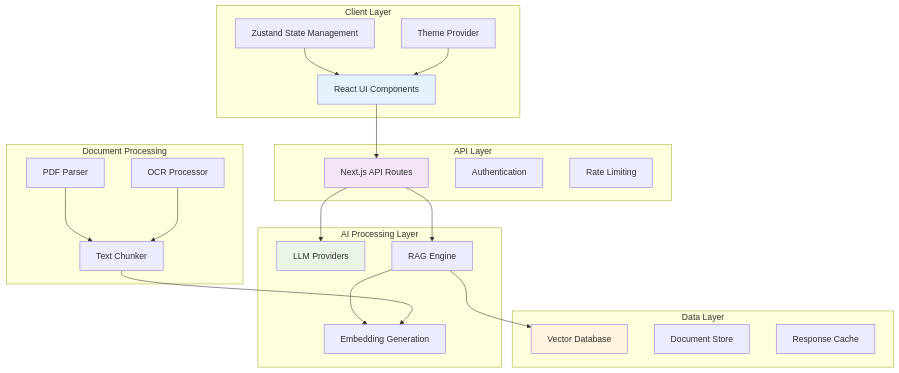
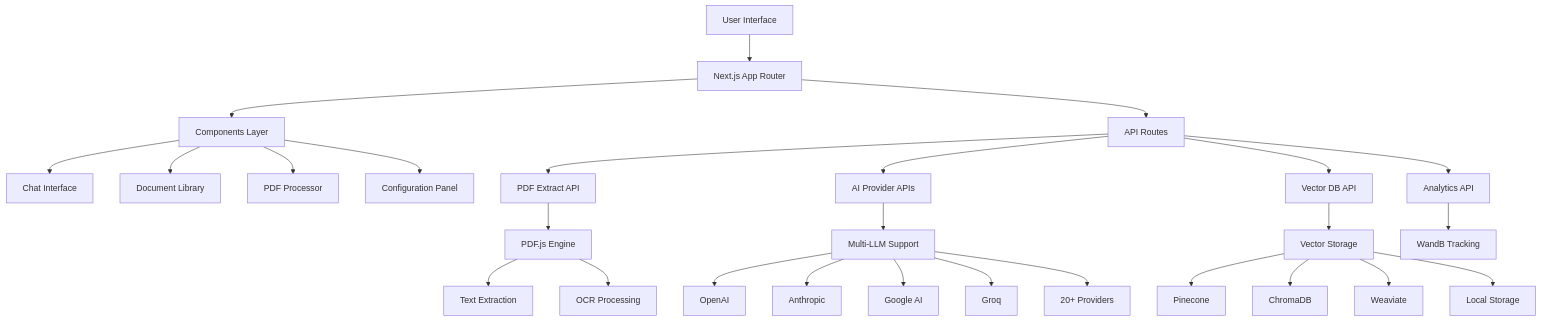
Before and after one commit to Kedhareswer/QuantumPDF_ChatApp_VectorDB: the diagram in README.md, drawn with Mermaid. The commit also changed other lines of this file and 13 other files, not shown here.

````diff
--- a/README.md
+++ b/README.md
@@ -107,48 +57,35 @@
 ```mermaid
 graph TB
-    subgraph "Client Layer"
-        UI[React UI Components]
-        State[Zustand State Management]
-        Theme[Theme Provider]
-    end
+    A[User Interface] --> B[Next.js App Router]
+    B --> C[Components Layer]
+    B --> D[API Routes]
     
-    subgraph "API Layer"
-        API[Next.js API Routes]
-        Auth[Authentication]
-        Rate[Rate Limiting]
-    end
+    C --> E[Chat Interface]
+    C --> F[Document Library]
+    C --> G[PDF Processor]
+    C --> H[Configuration Panel]
     
-    subgraph "AI Processing Layer"
-        LLM[LLM Providers]
-        Embed[Embedding Generation]
-        RAG[RAG Engine]
-    end
+    D --> I[PDF Extract API]
+    D --> J[AI Provider APIs]
+    D --> K[Vector DB API]
+    D --> L[Analytics API]
     
-    subgraph "Document Processing"
-        PDF[PDF Parser]
-        OCR[OCR Processor]
-        Chunk[Text Chunker]
-    end
+    I --> M[PDF.js Engine]
+    J --> N[Multi-LLM Support]
+    K --> O[Vector Storage]
+    L --> P[WandB Tracking]
     
-    subgraph "Data Layer"
-        Vector[Vector Database]
-        Store[Document Store]
-        Cache[Response Cache]
-    end
+    M --> Q[Text Extraction]
+    M --> R[OCR Processing]
     
-    UI --> API
-    State --> UI
-    Theme --> UI
-    API --> LLM
-    API --> RAG
-    RAG --> Embed
-    RAG --> Vector
-    PDF --> Chunk
-    OCR --> Chunk
-    Chunk --> Embed
+    N --> S[OpenAI]
+    N --> T[Anthropic]
+    N --> U[Google AI]
+    N --> V[Groq]
+    N --> W[20+ Providers]
     
-    style UI fill:#e3f2fd
-    style API fill:#f3e5f5
-    style LLM fill:#e8f5e8
-    style Vector fill:#fff3e0
+    O --> X[Pinecone]
+    O --> Y[ChromaDB]
+    O --> Z[Weaviate]
+    O --> AA[Local Storage]
 ```
````
